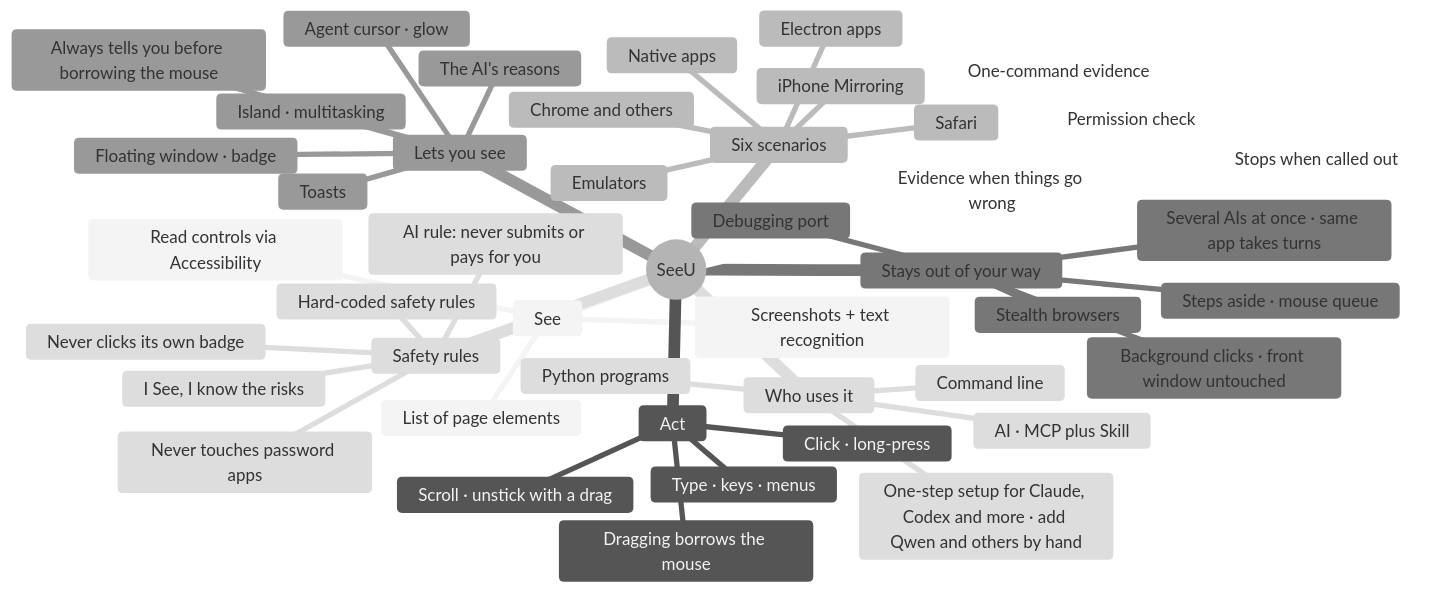
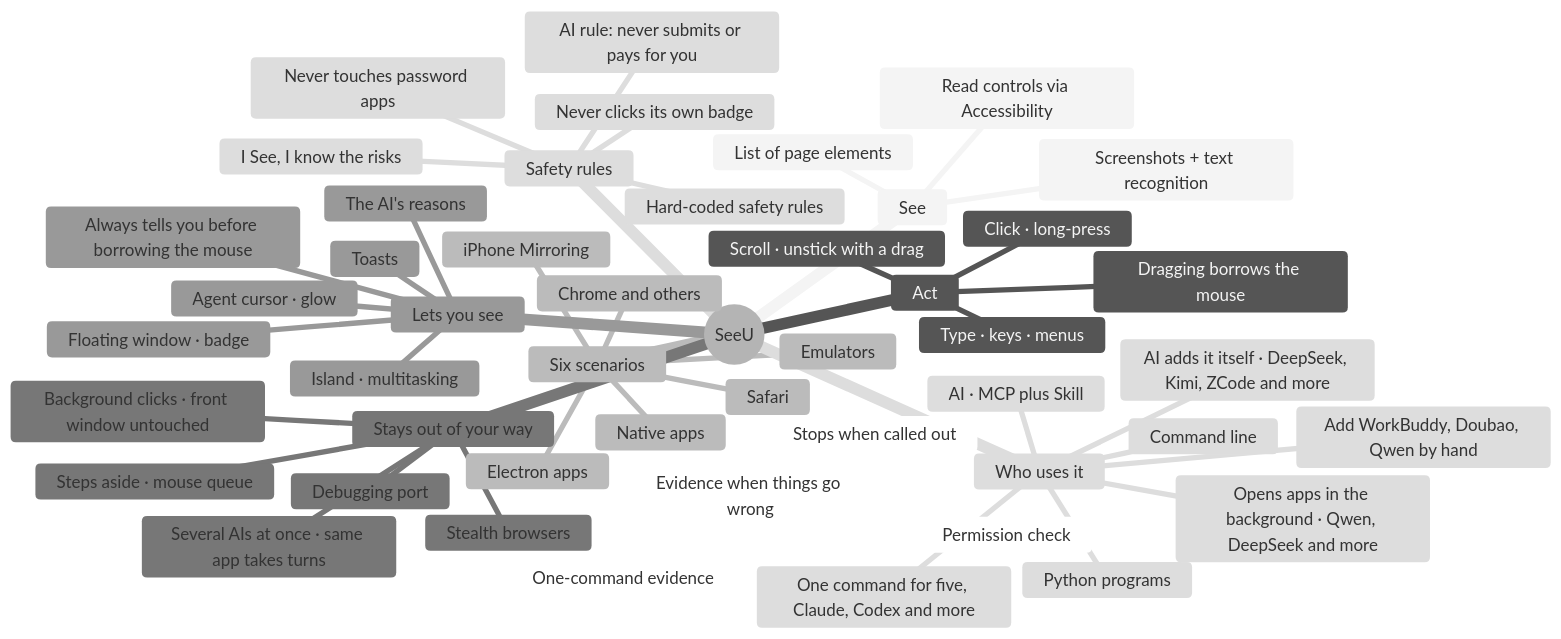
Diagram 16 of 16 in docs/SeeU-diagrams.md (Mr-Bingoo/seeu-computeruse), drawn with Mermaid (neutral theme) before and after one commit. The commit also changed other lines of this file and 41 other files, not shown here.

````diff
--- a/docs/SeeU-diagrams.md
+++ b/docs/SeeU-diagrams.md
@@ -726,48 +734,51 @@
 ```mermaid
 mindmap
   root((SeeU))
     See
       Screenshots + text recognition
       Read controls via Accessibility
       List of page elements
     Act
       Click · long-press
       Type · keys · menus
       Scroll · unstick with a drag
       Dragging borrows the mouse
     Six scenarios
       Safari
       Chrome and others
       Electron apps
       Native apps
       Emulators
       iPhone Mirroring
     Stays out of your way
       Background clicks · front window untouched
       Steps aside · mouse queue
       Several AIs at once · same app takes turns
       Stealth browsers
       Debugging port
     Lets you see
       Floating window · badge
       Island · multitasking
       Agent cursor · glow
       Toasts
       The AI's reasons
       Always tells you before borrowing the mouse
     Safety rules
       Hard-coded safety rules
       Never touches password apps
       Never clicks its own badge
       AI rule: never submits or pays for you
       I See, I know the risks
     Evidence when things go wrong
       Permission check
       One-command evidence
       Stops when called out
     Who uses it
       Python programs
       AI · MCP plus Skill
-      One-step setup for Claude, Codex and more · add Qwen and others by hand
+      One command for five, Claude, Codex and more
+      Add WorkBuddy, Doubao, Qwen by hand
+      AI adds it itself · DeepSeek, Kimi, ZCode and more
+      Opens apps in the background · Qwen, DeepSeek and more
       Command line
 ```
````
